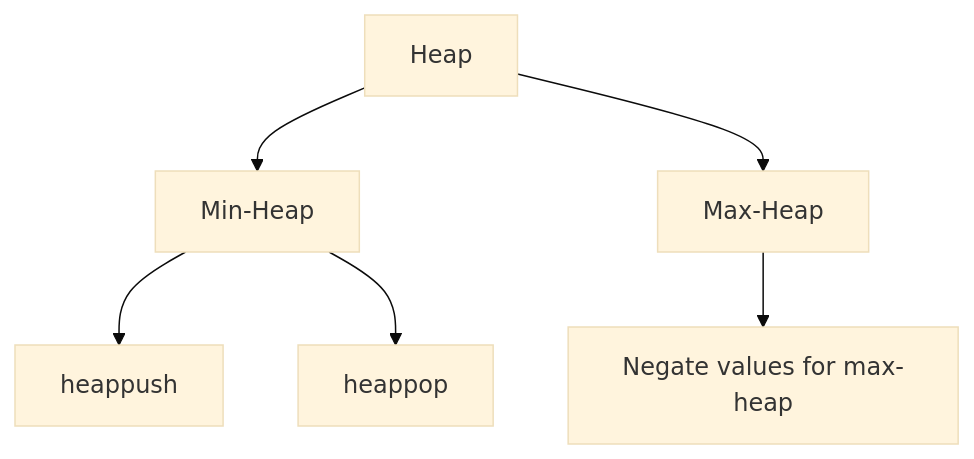
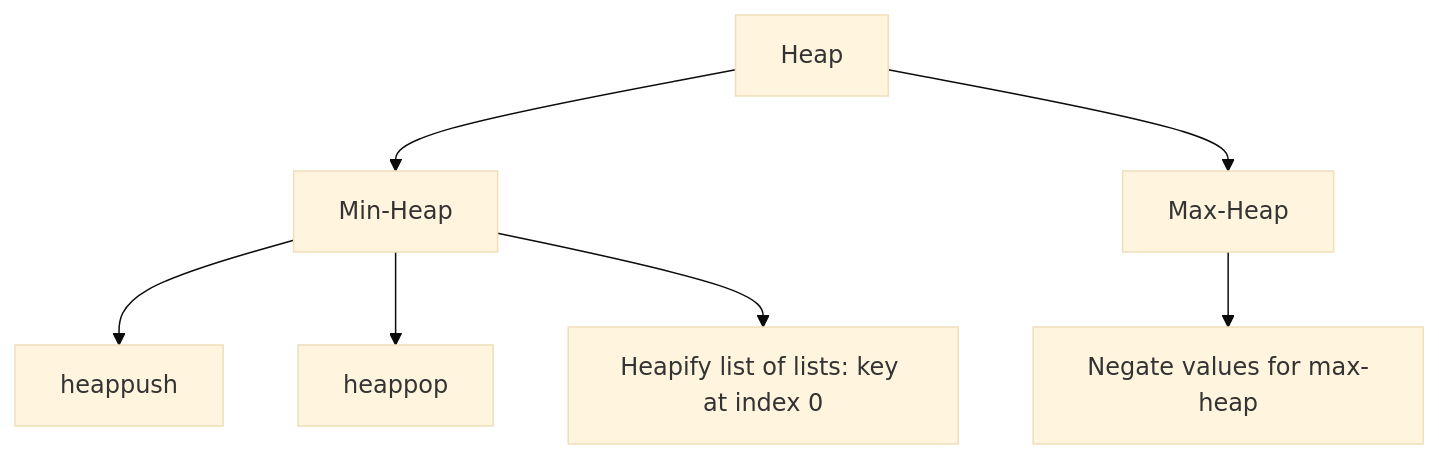
The ninth of 9 diagrams in Notes.md (sbeeredd04/LeetCode), drawn with Mermaid (base theme) before and after one commit. The commit also changed other lines of this file and 2 other files, not shown here.

Commit message:
✔️ Solved 973. K Closest Points to Origin

````diff
--- a/Notes.md
+++ b/Notes.md
@@ -295,8 +295,9 @@
 ```mermaid
 graph TD
     A[Heap] --> B[Min-Heap]
     A --> C[Max-Heap]
     B --> D[heappush]
     B --> E[heappop]
     C --> F[Negate values for max-heap]
+    B --> G[Heapify list of lists: key at index 0]
 ```
````
